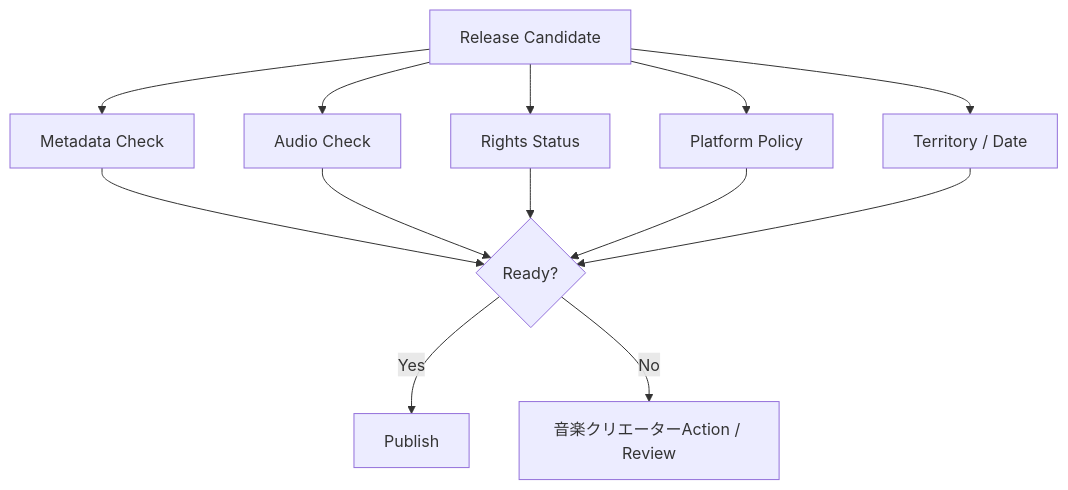
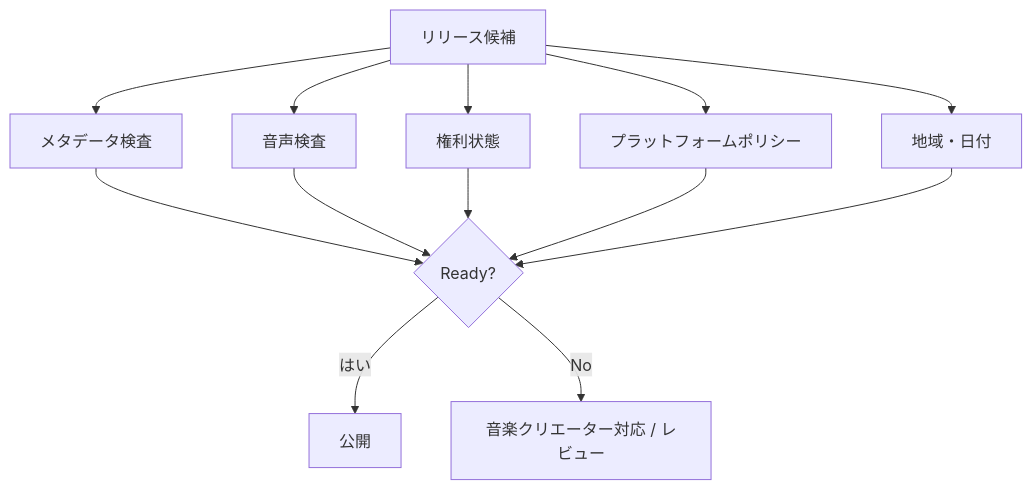
Before and after one commit to ShigeichiroYamasaki/creator-first-platform: diagram 13 of 29 in docs/whitepaper/05-creator-onboarding.md, drawn with Mermaid. The commit also changed other lines of this file and 72 other files, not shown here.

````diff
--- a/docs/whitepaper/05-creator-onboarding.md
+++ b/docs/whitepaper/05-creator-onboarding.md
@@ -430,19 +430,19 @@
 ```mermaid
 flowchart TD
-    READY[Release Candidate]
+    READY[リリース候補]
 
-    READY --> META[Metadata Check]
-    READY --> AUDIO[Audio Check]
-    READY --> RIGHTS[Rights Status]
-    READY --> POLICY[Platform Policy]
-    READY --> REGION[Territory / Date]
+    READY --> META[メタデータ検査]
+    READY --> AUDIO[音声検査]
+    READY --> RIGHTS[権利状態]
+    READY --> POLICY[プラットフォームポリシー]
+    READY --> REGION[地域・日付]
 
     META --> OK{Ready?}
     AUDIO --> OK
     RIGHTS --> OK
     POLICY --> OK
     REGION --> OK
 
-    OK -->|Yes| PUBLISH[Publish]
-    OK -->|No| FIX[音楽クリエーターAction / Review]
+    OK -->|はい| PUBLISH[公開]
+    OK -->|No| FIX[音楽クリエーター対応 / レビュー]
 ```
````
